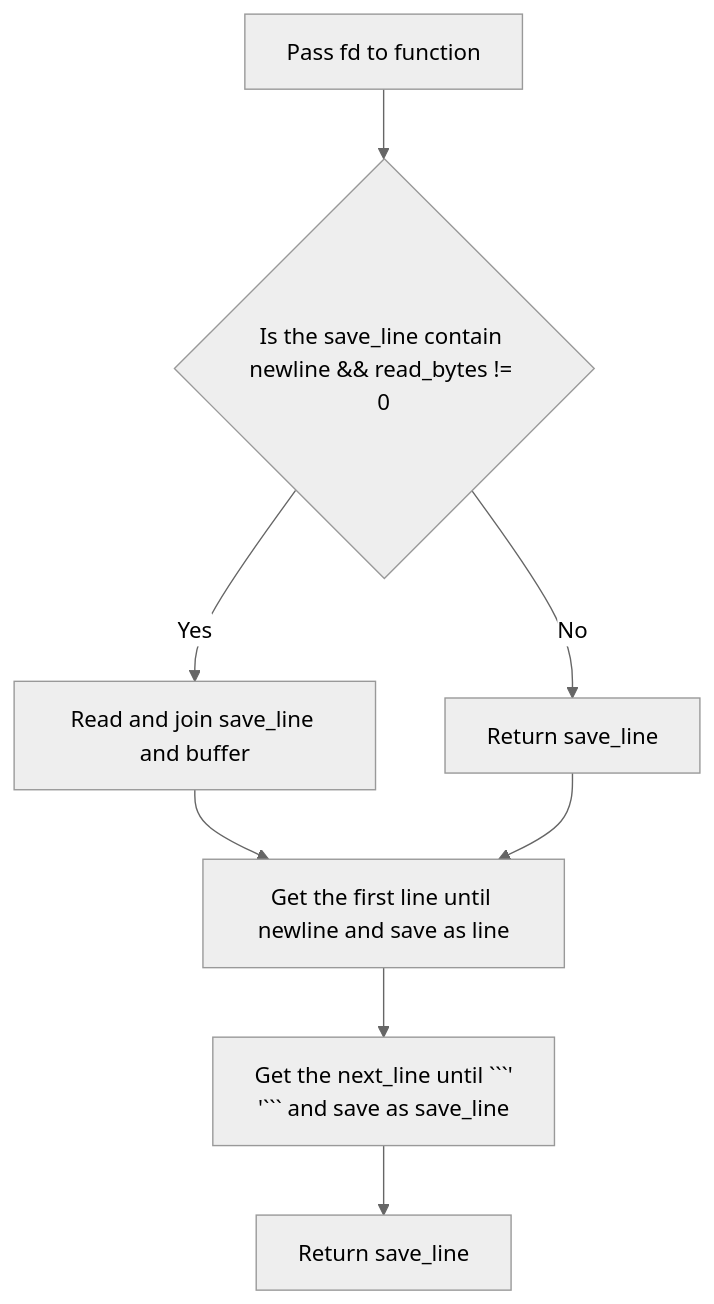
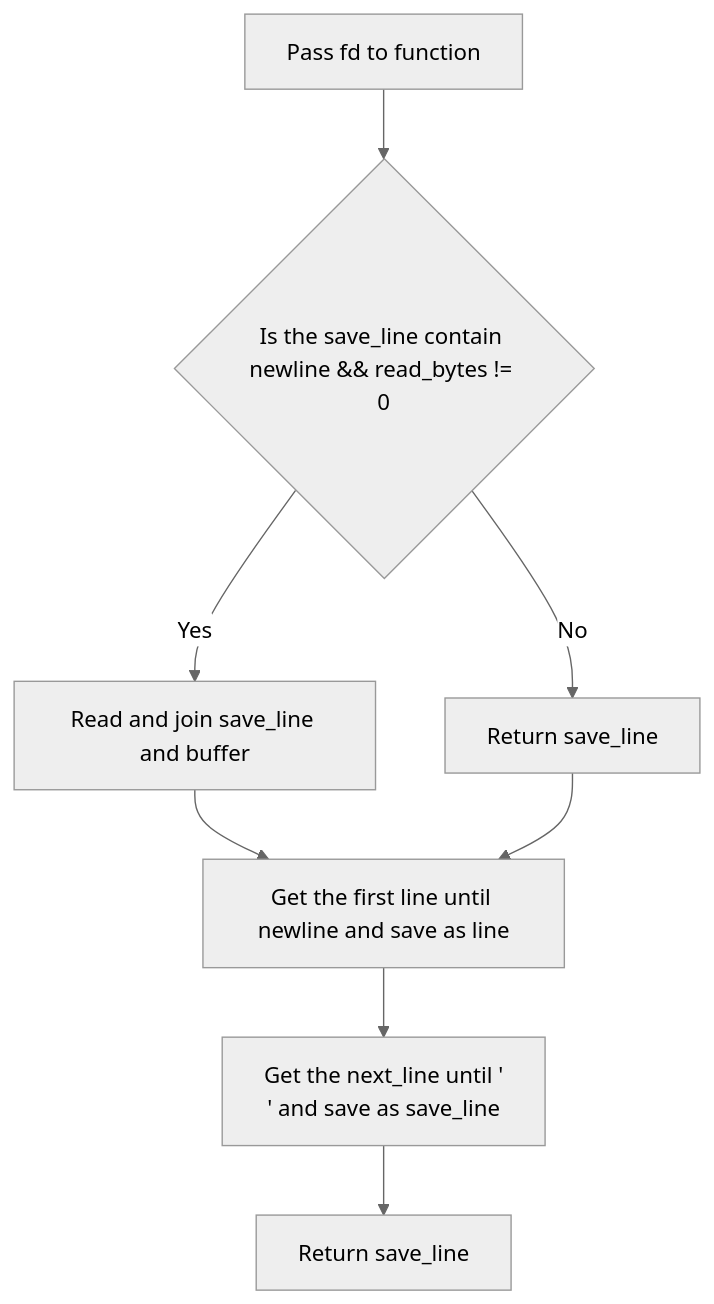
One commit to shawnteh1711/get_next-line changed the diagram in README.md. Above: the diagram before and after it, drawn with Mermaid (neutral theme).

````diff
--- a/README.md
+++ b/README.md
@@ -11,10 +11,10 @@
 ```mermaid
 flowchart TD
    A[Pass fd to function] --> B{Is the save_line contain newline && read_bytes != 0};
    B -- Yes --> C[Read and join save_line and buffer];
    B -- No --> D[Return save_line];
    C --> E[Get the first line until newline and save as line];
    D --> E[Get the first line until newline and save as line];
-   E --> F[Get the next_line until ```'\n'``` and save as save_line];
+   E --> F[Get the next_line until '\n' and save as save_line];
    F --> G[Return save_line];
 ```
````
